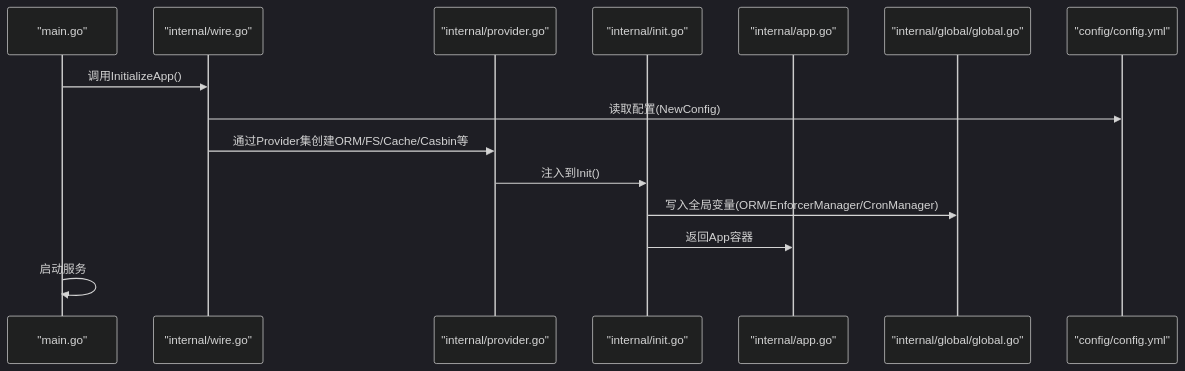
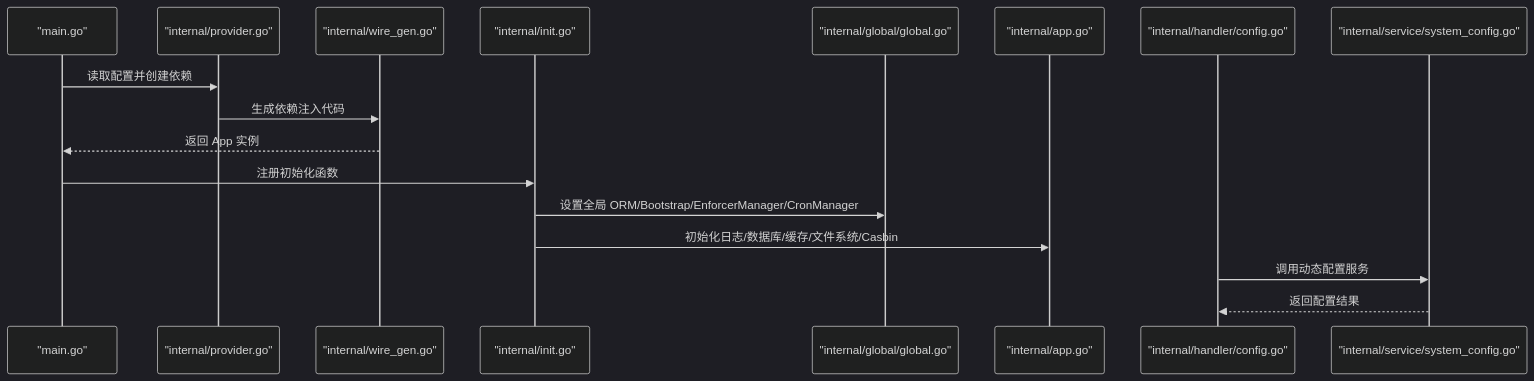
One commit to wuwuseo/e-sports-go-admin changed the second of 4 diagrams in .qoder/repowiki/zh/content/配置管理/配置管理.md. Above: the diagram before and after it, drawn with Mermaid (dark theme). The commit also changed other lines of this file and 115 other files, not shown here.

````diff
--- a/.qoder/repowiki/zh/content/配置管理/配置管理.md
+++ b/.qoder/repowiki/zh/content/配置管理/配置管理.md
@@ -86,17 +102,19 @@
 ```mermaid
 sequenceDiagram
-participant M as "main.go"
-participant W as "internal/wire.go"
-participant P as "internal/provider.go"
-participant I as "internal/init.go"
-participant A as "internal/app.go"
-participant G as "internal/global/global.go"
-participant CFG as "config/config.yml"
-M->>W : 调用InitializeApp()
-W->>CFG : 读取配置(NewConfig)
-W->>P : 通过Provider集创建ORM/FS/Cache/Casbin等
-P->>I : 注入到Init()
-I->>G : 写入全局变量(ORM/EnforcerManager/CronManager)
-I->>A : 返回App容器
-M->>M : 启动服务
+participant Entry as "main.go"
+participant Provider as "internal/provider.go"
+participant Wire as "internal/wire_gen.go"
+participant Init as "internal/init.go"
+participant Global as "internal/global/global.go"
+participant App as "internal/app.go"
+participant Handler as "internal/handler/config.go"
+participant Service as "internal/service/system_config.go"
+Entry->>Provider : 读取配置并创建依赖
+Provider->>Wire : 生成依赖注入代码
+Wire-->>Entry : 返回 App 实例
+Entry->>Init : 注册初始化函数
+Init->>Global : 设置全局 ORM/Bootstrap/EnforcerManager/CronManager
+Init->>App : 初始化日志/数据库/缓存/文件系统/Casbin
+Handler->>Service : 调用动态配置服务
+Service-->>Handler : 返回配置结果
 ```
````
